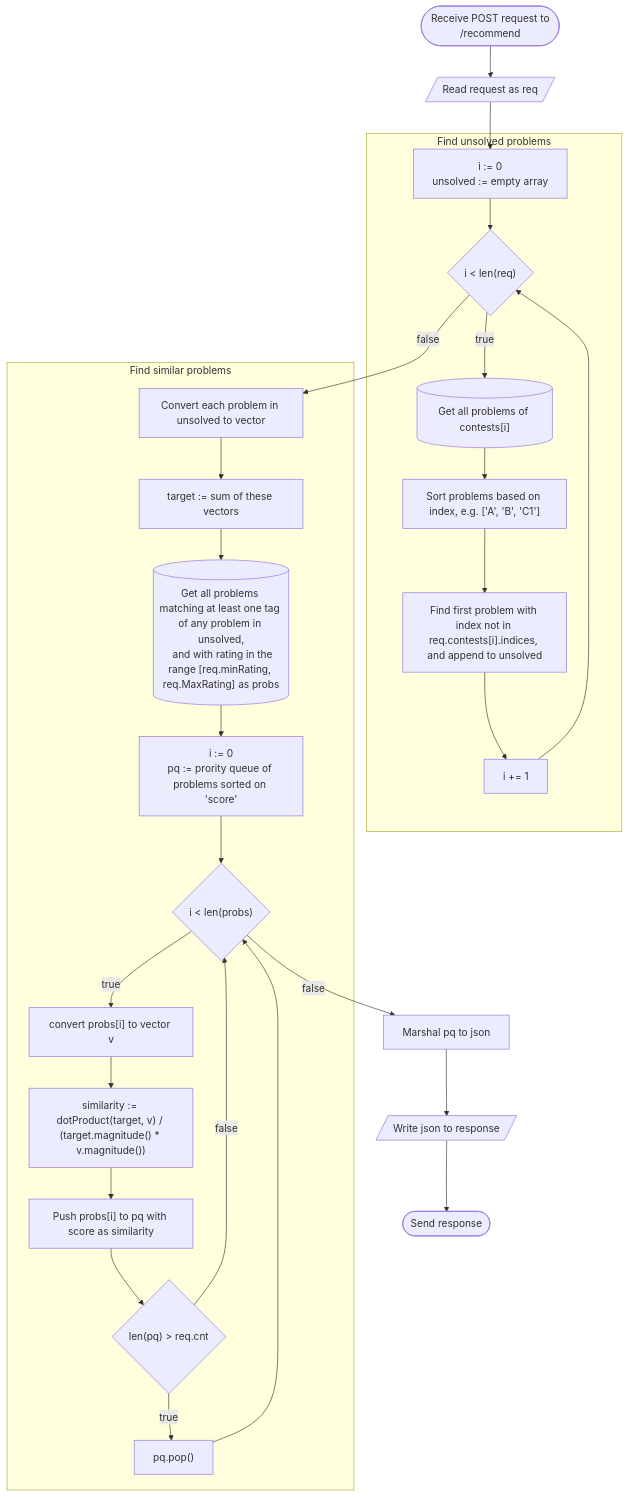
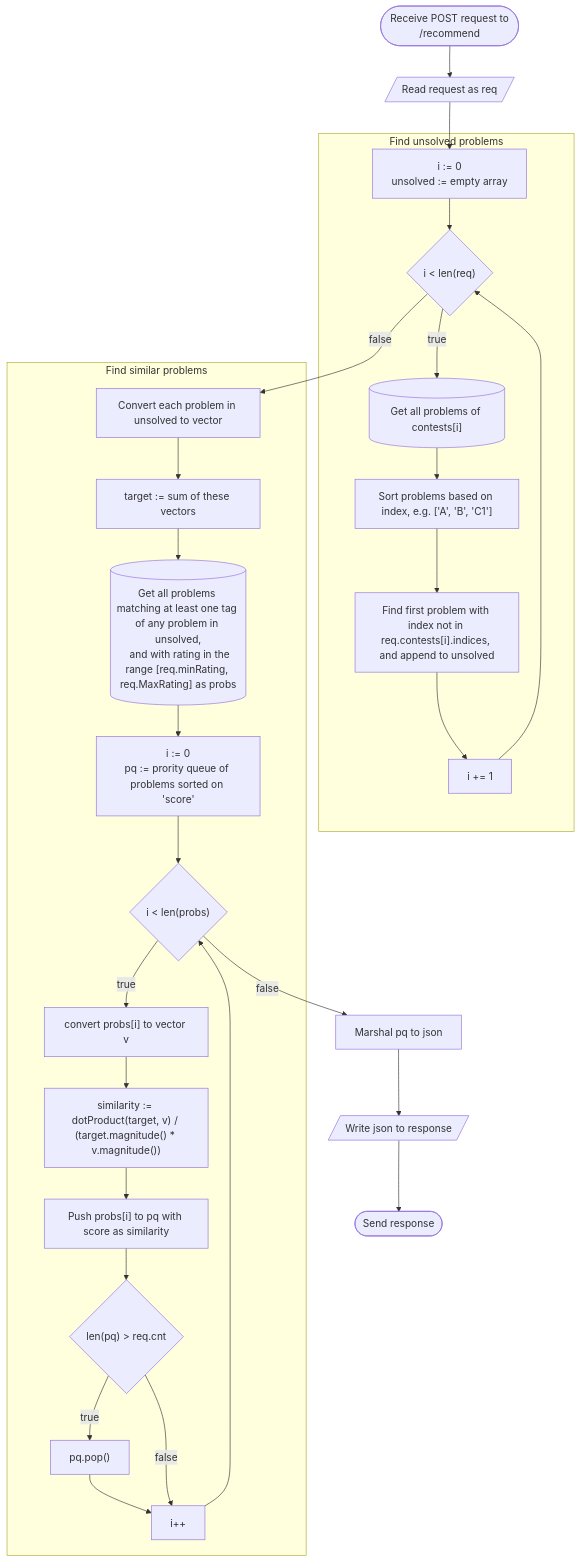
Before and after one commit to Yuqzii/codeforces-insights: the diagram in docs/recommend.md, drawn with Mermaid.

Commit message:
docs: add missing i++ node from recommend flowchart

````diff
--- a/docs/recommend.md
+++ b/docs/recommend.md
@@ -24,31 +24,32 @@
 ```mermaid
 flowchart TD
   A([Receive POST request to<br>/recommend])
   A --> B[/Read request as req/]
   B --> C
   subgraph Find unsolved problems
     C[i := 0<br>unsolved := empty array]
     C --> D{"i < len(req)"}
     D -- true --> E[("Get all problems of contests[i]")]
     E --> F["Sort problems based on index, e.g. ['A', 'B', 'C1']"]
     F --> G["Find first problem with index not in req.contests[i].indices, and append to unsolved"]
     G --> H[i += 1] --> D
   end
   subgraph Find similar problems
     D -- false --> I[Convert each problem in unsolved to vector]
     I --> J[target := sum of these vectors]
     J --> K[("Get all problems matching at least one tag of any problem in unsolved,
   and with rating in the range [req.minRating, req.MaxRating] as probs")]
     K --> L[i := 0<br>pq := prority queue of problems sorted on 'score']
     L --> M{"i < len(probs)"}
     M -- true --> N["convert probs[i] to vector v"]
     N --> O["similarity := dotProduct(target, v) / (target.magnitude() * v.magnitude())"]
     O --> P["Push probs[i] to pq with score as similarity"]
     P --> Q{"len(pq) > req.cnt"}
-    Q -- true --> R["pq.pop()"] --> M
-    Q -- false --> M
+    Q -- true --> R["pq.pop()"] --> V
+    Q -- false --> V[i++]
+    V --> M
   end
   M -- false --> S[Marshal pq to json]
   S --> T[/Write json to response/]
   T --> U([Send response])
 ```
````
